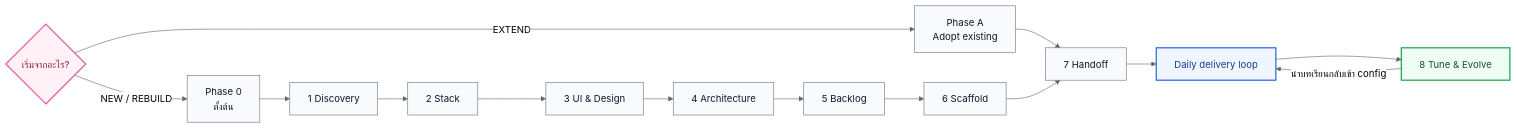
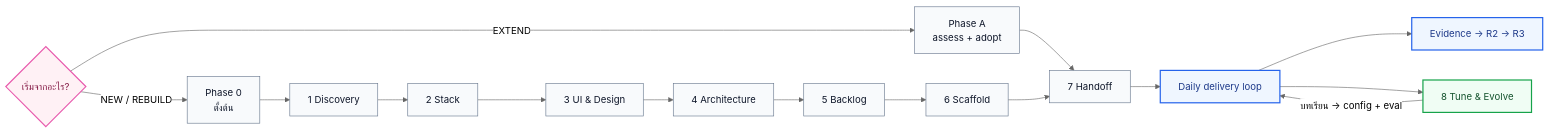
Before and after one commit to Khattiya01/buaflow: the first of 2 diagrams in README.md, drawn with Mermaid (neutral theme). The commit also changed other lines of this file and 4 other files, not shown here.

````diff
--- a/README.md
+++ b/README.md
@@ -70,29 +108,30 @@
 ```mermaid
 flowchart LR
     START{เริ่มจากอะไร?}
 
     START -->|NEW / REBUILD| P0[Phase 0<br/>ตั้งต้น]
     P0 --> P1[1 Discovery]
     P1 --> P2[2 Stack]
     P2 --> P3[3 UI & Design]
     P3 --> P4[4 Architecture]
     P4 --> P5[5 Backlog]
     P5 --> P6[6 Scaffold]
 
-    START -->|EXTEND| PA[Phase A<br/>Adopt existing]
+    START -->|EXTEND| PA[Phase A<br/>assess + adopt]
     PA --> P7[7 Handoff]
     P6 --> P7
 
     P7 --> DAILY[Daily delivery loop]
+    DAILY --> EVID[Evidence → R2 → R3]
     DAILY --> P8[8 Tune & Evolve]
-    P8 -->|นำบทเรียนกลับเข้า config| DAILY
+    P8 -->|บทเรียน → config + eval| DAILY
 
     classDef start fill:#fff1f5,stroke:#e85aad,color:#831843,stroke-width:2px;
     classDef phase fill:#f8fafc,stroke:#64748b,color:#0f172a;
     classDef run fill:#eff6ff,stroke:#2563eb,color:#1e3a8a,stroke-width:2px;
     classDef learn fill:#f0fdf4,stroke:#16a34a,color:#14532d,stroke-width:2px;
     class START start;
     class P0,P1,P2,P3,P4,P5,P6,PA,P7 phase;
-    class DAILY run;
+    class DAILY,EVID run;
     class P8 learn;
 ```
````
